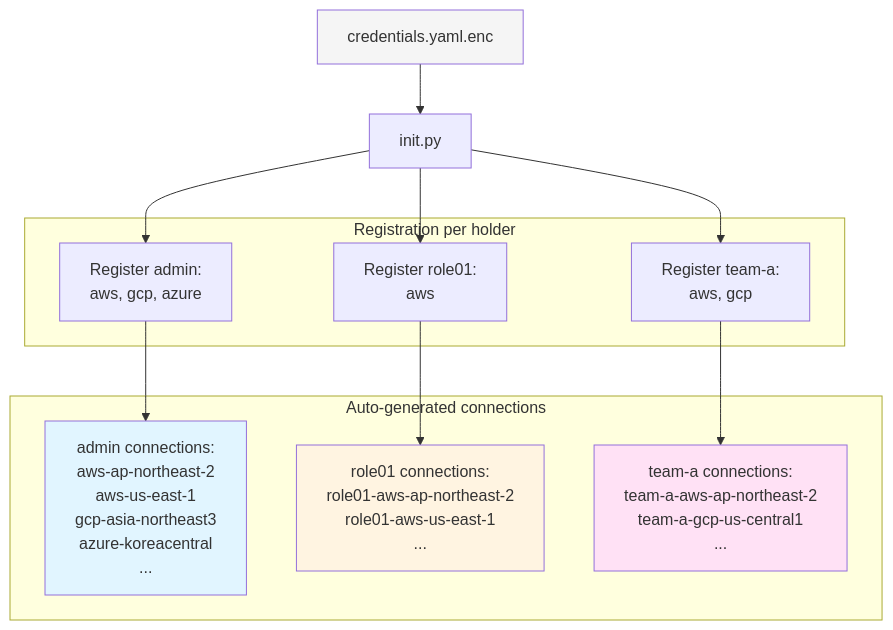
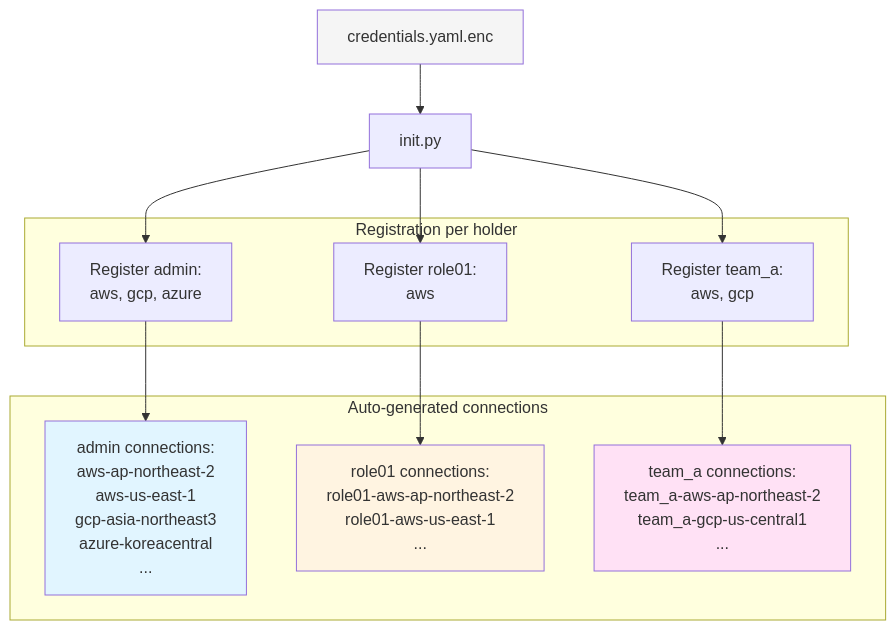
Before and after one commit to cloud-barista/cb-tumblebug: the fifth of 7 diagrams in docs/feature_guide/credential-and-connection.md, drawn with Mermaid. The commit also changed other lines of this file and 3 other files, not shown here.

````diff
--- a/docs/feature_guide/credential-and-connection.md
+++ b/docs/feature_guide/credential-and-connection.md
@@ -408,31 +441,31 @@
 ```mermaid
 graph TB
     YAML[credentials.yaml.enc]
     INIT[init.py]
     
     subgraph "Registration per holder"
         REG_ADMIN["Register admin:<br/>aws, gcp, azure"]
         REG_ROLE01["Register role01:<br/>aws"]
-        REG_TEAM["Register team-a:<br/>aws, gcp"]
+        REG_TEAM["Register team_a:<br/>aws, gcp"]
     end
-    
+
     subgraph "Auto-generated connections"
         CONN_ADMIN["admin connections:<br/>aws-ap-northeast-2<br/>aws-us-east-1<br/>gcp-asia-northeast3<br/>azure-koreacentral<br/>..."]
         CONN_ROLE01["role01 connections:<br/>role01-aws-ap-northeast-2<br/>role01-aws-us-east-1<br/>..."]
-        CONN_TEAM["team-a connections:<br/>team-a-aws-ap-northeast-2<br/>team-a-gcp-us-central1<br/>..."]
+        CONN_TEAM["team_a connections:<br/>team_a-aws-ap-northeast-2<br/>team_a-gcp-us-central1<br/>..."]
     end
     
     YAML --> INIT
     INIT --> REG_ADMIN
     INIT --> REG_ROLE01
     INIT --> REG_TEAM
     
     REG_ADMIN --> CONN_ADMIN
     REG_ROLE01 --> CONN_ROLE01
     REG_TEAM --> CONN_TEAM
     
     style YAML fill:#f5f5f5
     style CONN_ADMIN fill:#e1f5ff
     style CONN_ROLE01 fill:#fff4e1
     style CONN_TEAM fill:#ffe1f5
 ```
````
